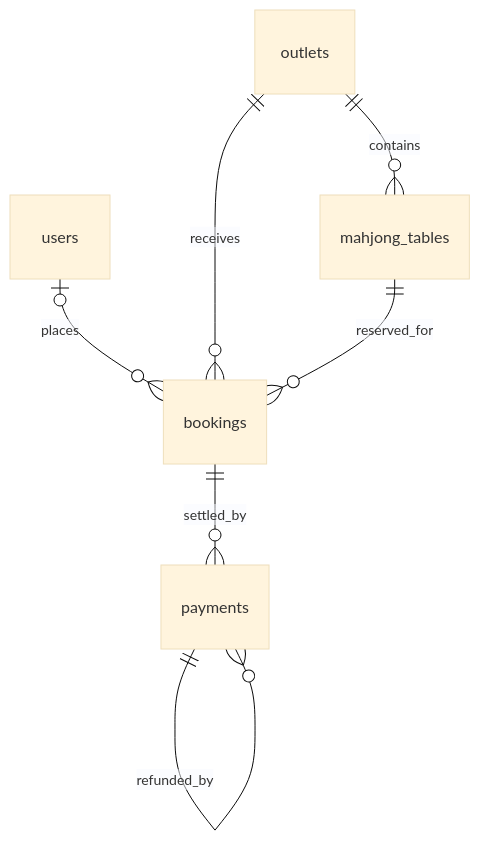
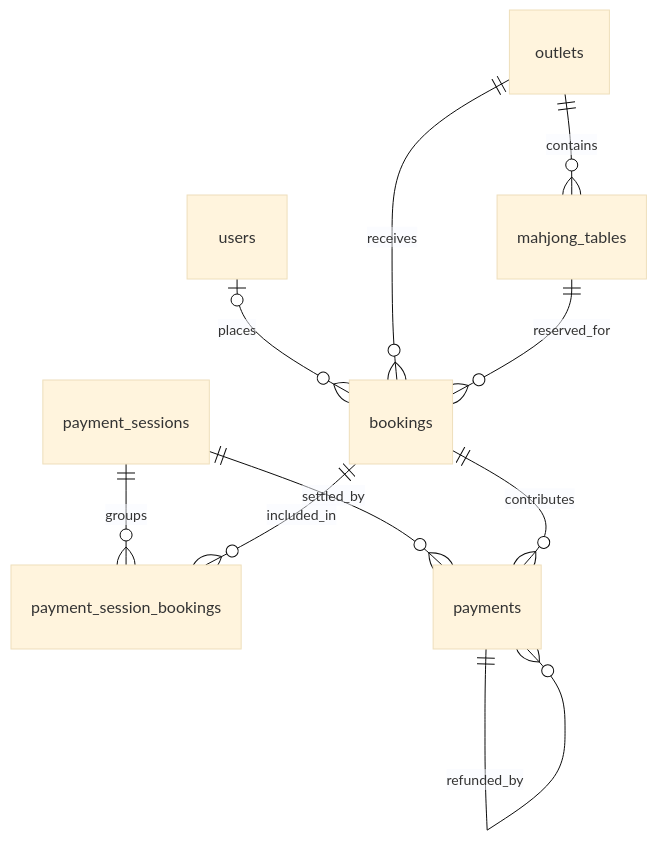
Before and after one commit to mahjonghuu/mahjonghu-backend: the diagram in DATABASE.md, drawn with Mermaid (base theme). The commit also changed other lines of this file and 22 other files, not shown here.

````diff
--- a/DATABASE.md
+++ b/DATABASE.md
@@ -9,9 +9,12 @@
 ```mermaid
 erDiagram
   outlets ||--o{ mahjong_tables : contains
   users |o--o{ bookings : places
   outlets ||--o{ bookings : receives
   mahjong_tables ||--o{ bookings : reserved_for
-  bookings ||--o{ payments : settled_by
+  payment_sessions ||--o{ payment_session_bookings : groups
+  bookings ||--o{ payment_session_bookings : included_in
+  payment_sessions ||--o{ payments : settled_by
+  bookings ||--o{ payments : contributes
   payments ||--o{ payments : refunded_by
 ```
````
